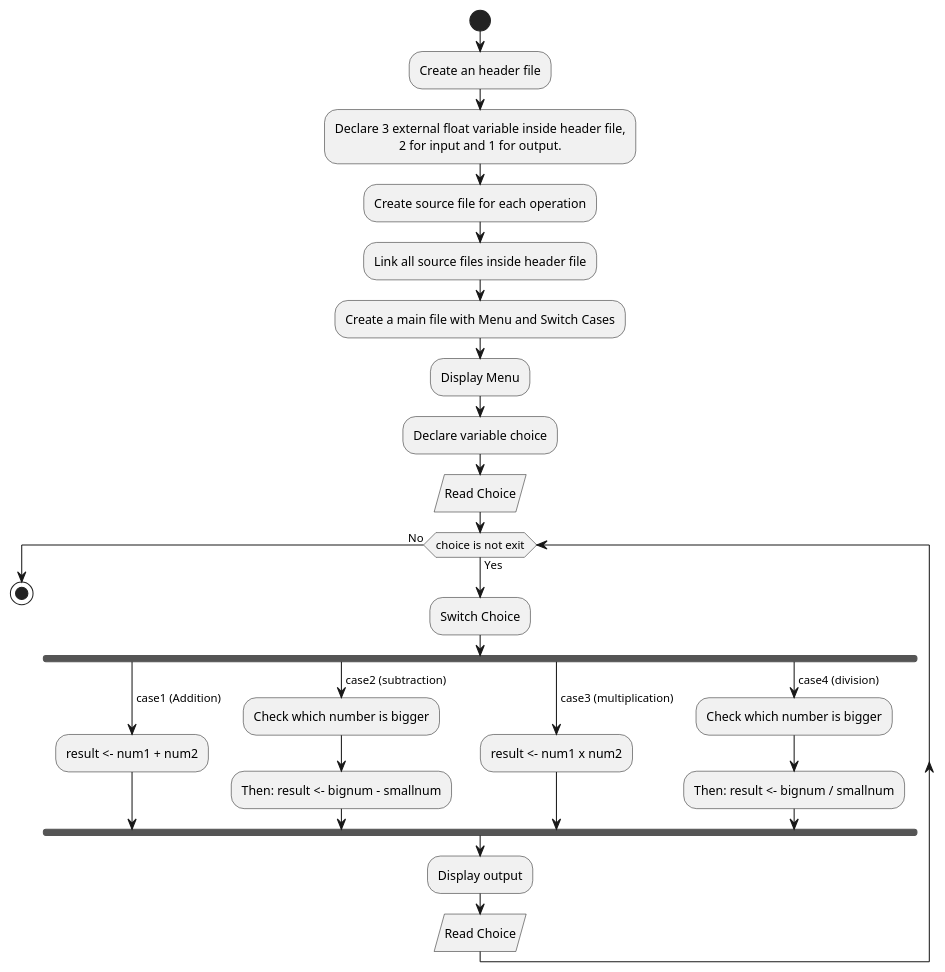
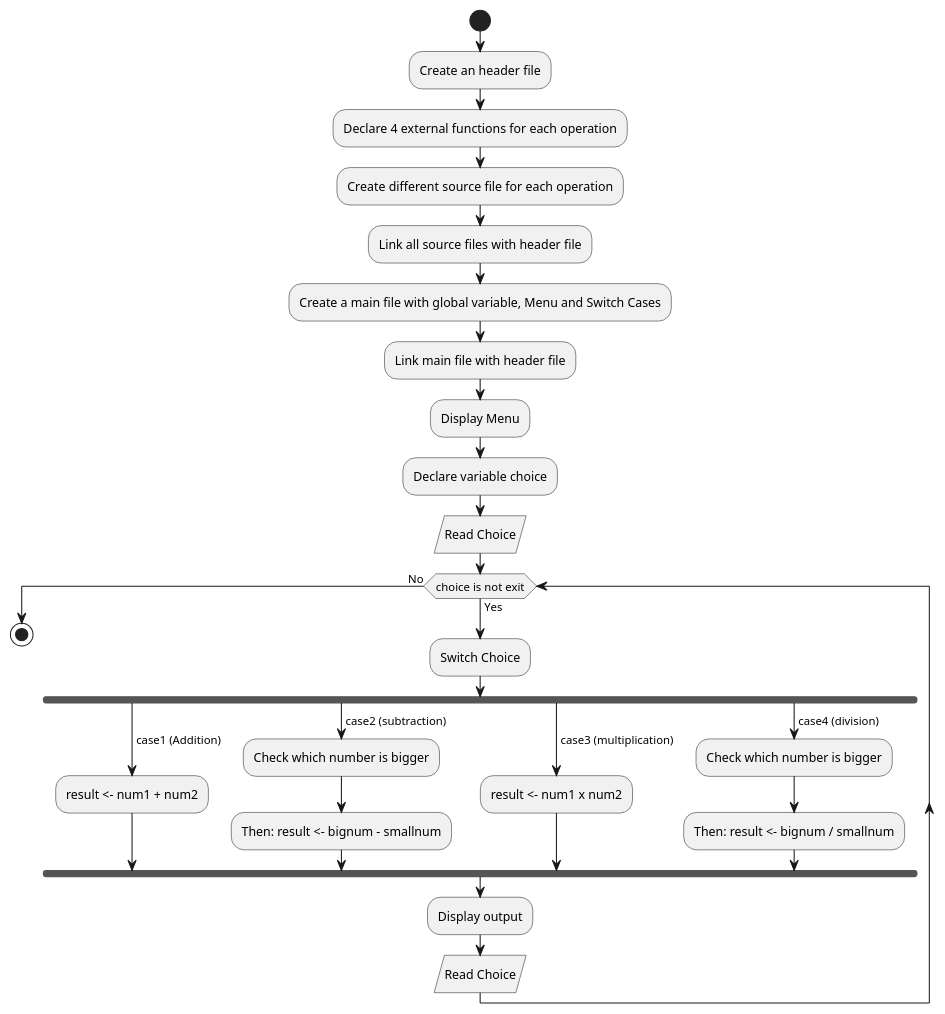
The diagram in assets/simpleCalculator.plantuml (Pranau-R/Extern-Calculator), drawn with PlantUML before and after one commit. The commit also changed other lines of this file and 1 other file, not shown here.

Commit message:
#3: updated flowchart as per requirement

```diff
--- a/assets/simpleCalculator.plantuml
+++ b/assets/simpleCalculator.plantuml
@@ -1,50 +1,50 @@
 @startuml
 
 start
 
 :Create an header file;
-:Declare 3 external float variable inside header file,
-                    2 for input and 1 for output.;
-:Create source file for each operation;
-:Link all source files inside header file;
-:Create a main file with Menu and Switch Cases;
+:Declare 4 external functions for each operation;
+:Create different source file for each operation;
+:Link all source files with header file;
+:Create a main file with global variable, Menu and Switch Cases;
+:Link main file with header file;
 :Display Menu;
 :Declare variable choice;
 :Read Choice/
 
 while (choice is not exit) is (Yes)
 
 :Switch Choice;
 
 fork
 
 -> case1 (Addition);
 :result <- num1 + num2;
 
 fork again
 
 -> case2 (subtraction);
 :Check which number is bigger;
 :Then: result <- bignum - smallnum;
 
 fork again
 
 -> case3 (multiplication);
 :result <- num1 x num2;
 
 fork again
 
 -> case4 (division);
 :Check which number is bigger;
 :Then: result <- bignum / smallnum;
 
 end fork
 
 :Display output;
 :Read Choice/
 
 end while (No)
 
 stop
 
 @enduml
```
